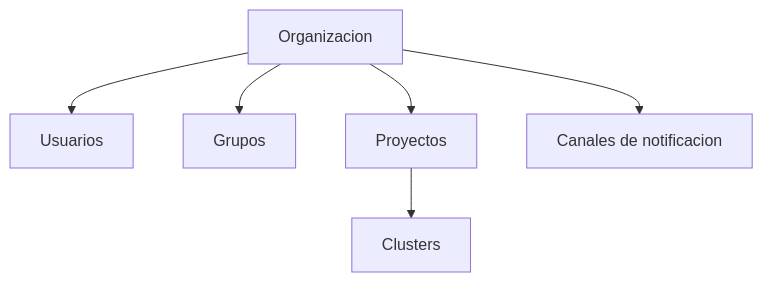
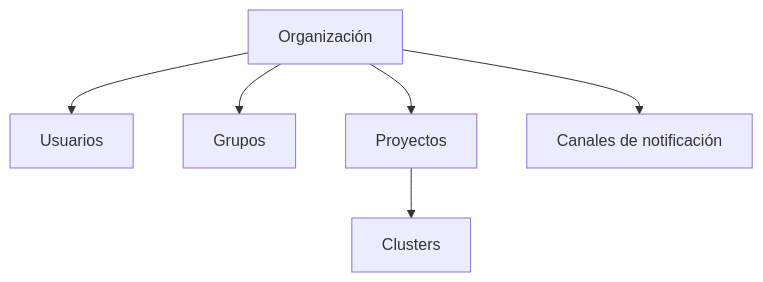
One commit to Moonin-Lab/Moonin-Docs changed the first of 2 diagrams in src/content/docs/es/administration/index.md. Above: the diagram before and after it, drawn with Mermaid. The commit also changed other lines of this file and 84 other files, not shown here.

````diff
--- a/src/content/docs/es/administration/index.md
+++ b/src/content/docs/es/administration/index.md
@@ -17,15 +17,15 @@
 ```mermaid
 flowchart TD
-    O[Organizacion]
+    O[Organización]
     U[Usuarios]
     G[Grupos]
     P[Proyectos]
     C[Clusters]
-    NC[Canales de notificacion]
+    NC[Canales de notificación]
 
     O --> U
     O --> G
     O --> P
     O --> NC
     P --> C
 ```
````
